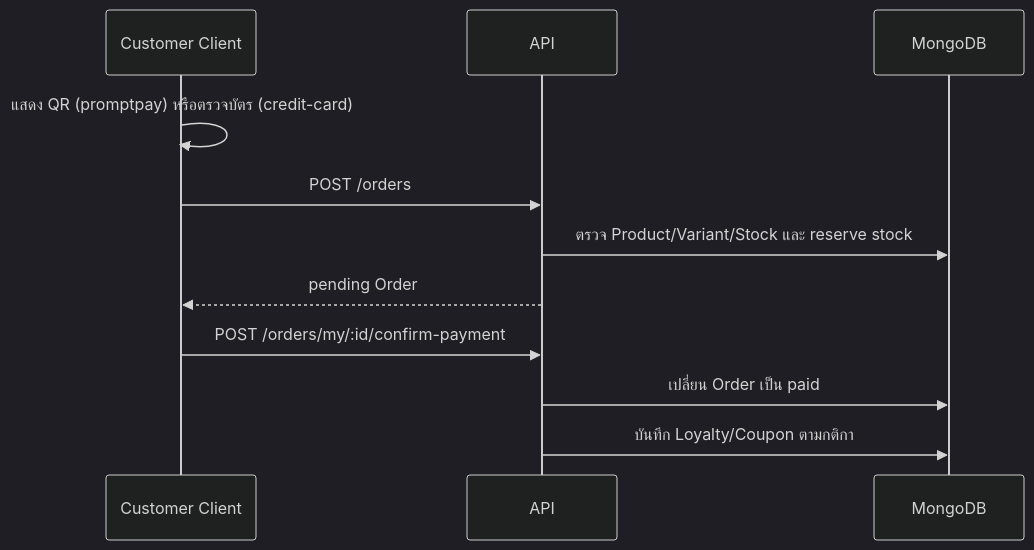
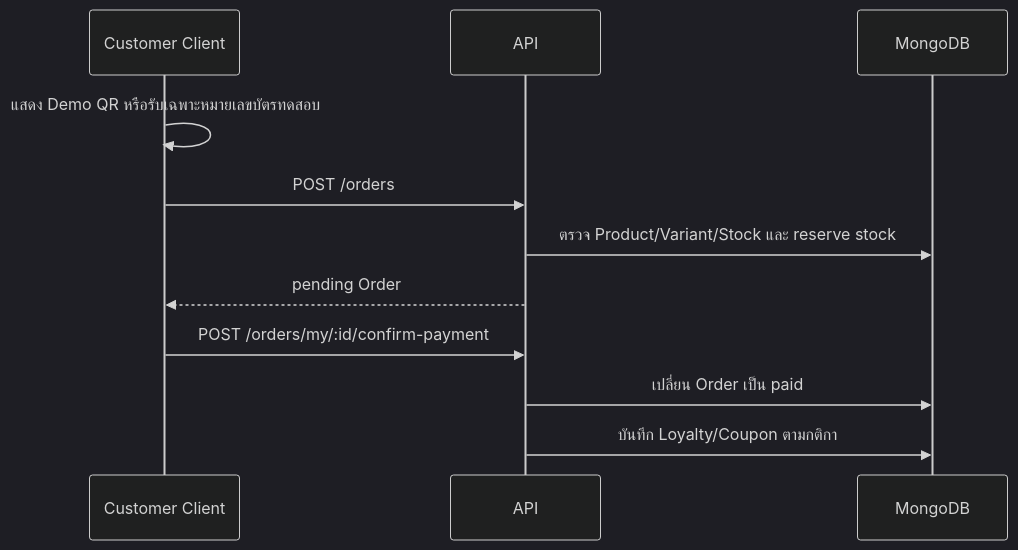
One commit to Bell914/jsd13-group3-HydraRanger changed the second of 2 diagrams in docs/ARCHITECTURE.md. Above: the diagram before and after it, drawn with Mermaid (dark theme). The commit also changed other lines of this file and 12 other files, not shown here.

Commit message:
feat: align demo payments with admin order flow

````diff
--- a/docs/ARCHITECTURE.md
+++ b/docs/ARCHITECTURE.md
@@ -69,13 +69,13 @@
 ```mermaid
 sequenceDiagram
     participant C as Customer Client
     participant A as API
     participant D as MongoDB
-    C->>C: แสดง QR (promptpay) หรือตรวจบัตร (credit-card)
+    C->>C: แสดง Demo QR หรือรับเฉพาะหมายเลขบัตรทดสอบ
     C->>A: POST /orders
     A->>D: ตรวจ Product/Variant/Stock และ reserve stock
     A-->>C: pending Order
     C->>A: POST /orders/my/:id/confirm-payment
     A->>D: เปลี่ยน Order เป็น paid
     A->>D: บันทึก Loyalty/Coupon ตามกติกา
 ```
````
